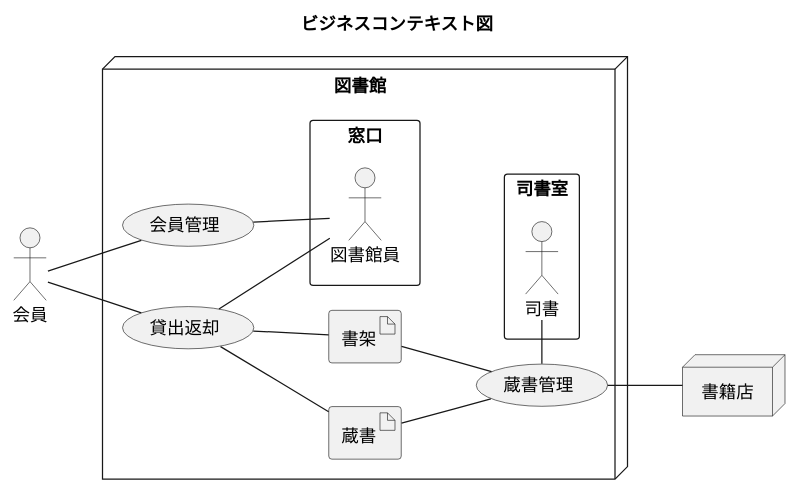
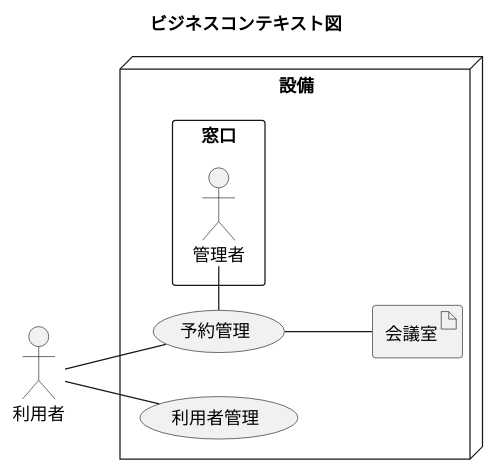
The third of 15 diagrams in docs/index.adoc (k2works/case-study-mrs), drawn with PlantUML before and after one commit. The commit also changed other lines of this file, not shown here.

```diff
--- a/docs/index.adoc
+++ b/docs/index.adoc
@@ -110,41 +88,26 @@
 [plantuml]
 ----
 @startuml
 
 title ビジネスコンテキスト図
 
 left to right direction
 
-actor 会員
+actor 利用者 as ac_01
 
-node 図書館 {
+node 設備 {
   rectangle 窓口 {
-    actor 図書館員
+    actor 管理者 as ac_02
   }
-  rectangle 司書室 {
-    actor 司書
-  }
-  usecase 会員管理
-  usecase 貸出返却
-  usecase 蔵書管理
-  artifact 蔵書
-  artifact 書架
+  usecase 予約管理 as uc_01
+  usecase 利用者管理 as uc_02
+  artifact 会議室 as ar_01
 }
 
-node 書籍店
-
-:会員: -- (会員管理)
-(会員管理) -- :図書館員:
-
-:会員: -- (貸出返却)
-(貸出返却) -- :図書館員:
-(貸出返却) -- 蔵書
-(貸出返却) -- 書架
-
-蔵書 -- (蔵書管理)
-書架 -- (蔵書管理)
-(蔵書管理) - :司書:
-(蔵書管理) -- 書籍店
+ac_01 -- (uc_01)
+ac_01 -- (uc_02)
+(uc_01) -- (ar_01)
+(uc_01) - ac_02
 
 @enduml
 ----
```
